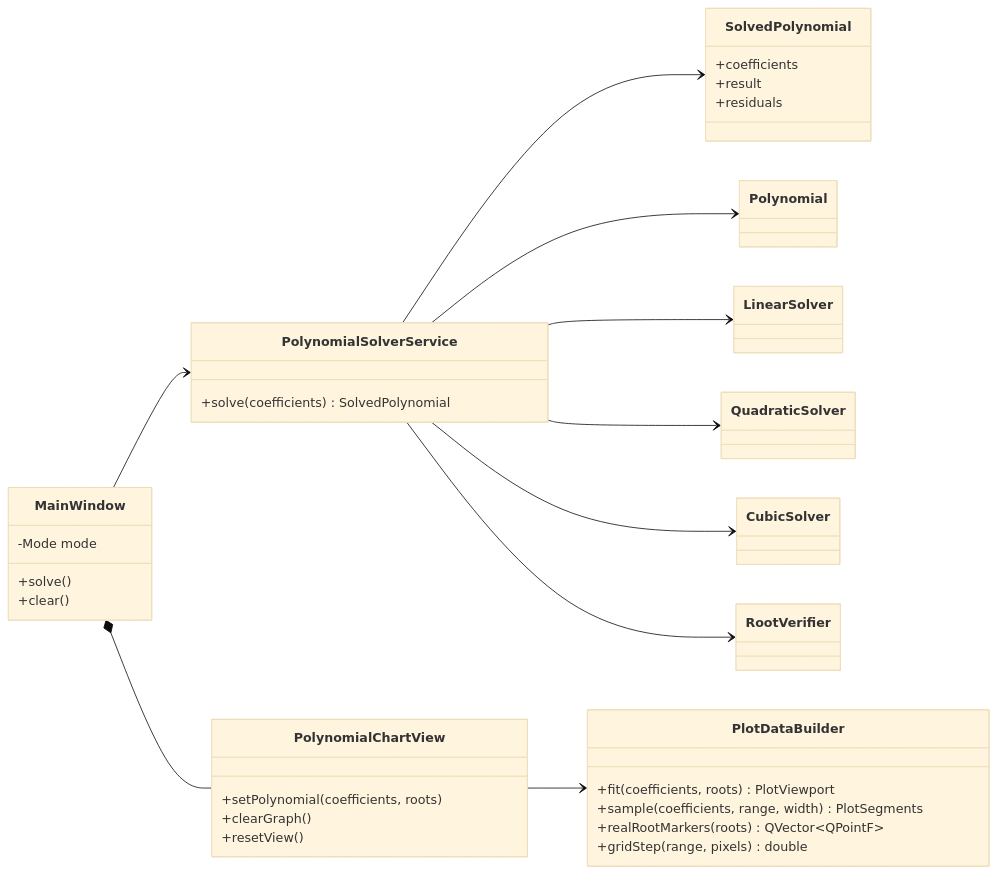
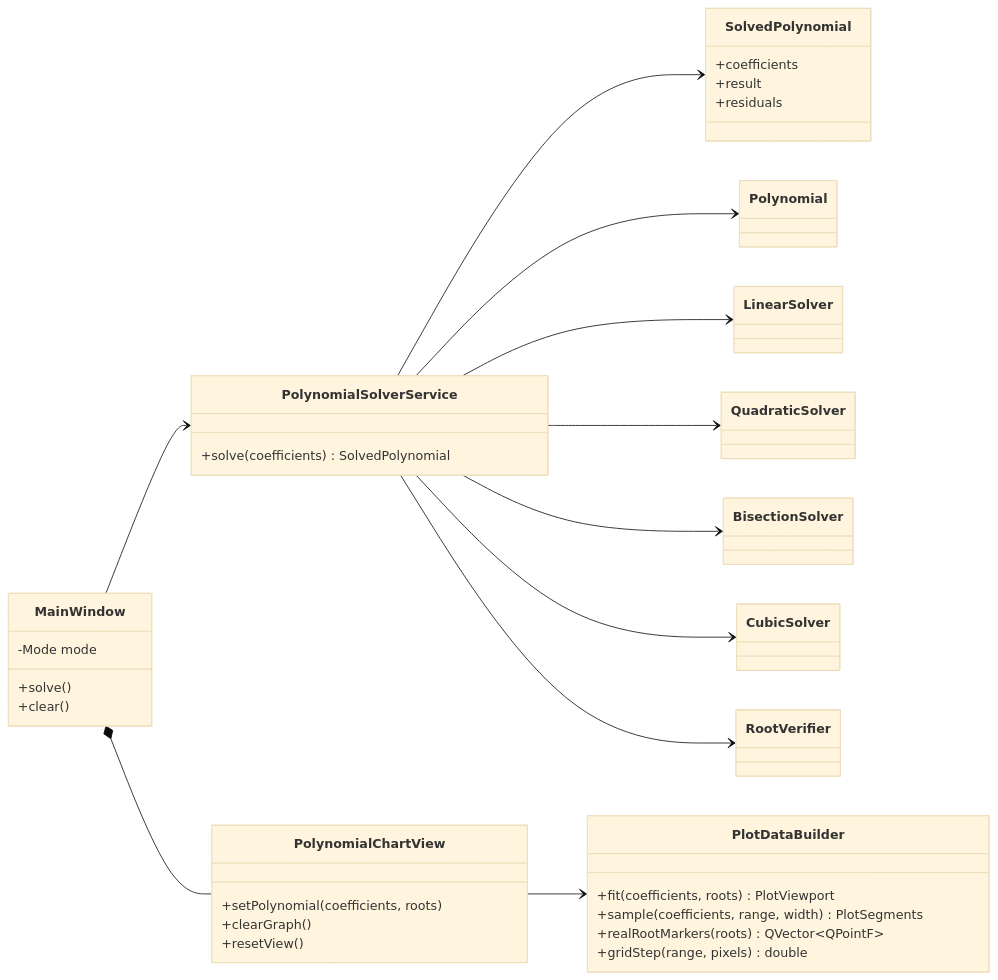
One commit to Modi663/PolynomialSolver changed the first of 3 diagrams in README.md. Above: the diagram before and after it, drawn with Mermaid (base theme). The commit also changed other lines of this file, not shown here.

````diff
--- a/README.md
+++ b/README.md
@@ -85,49 +91,50 @@
 ```mermaid
 classDiagram
     direction LR
 
     class MainWindow {
         -Mode mode
         +solve()
         +clear()
     }
 
     class PolynomialChartView {
         +setPolynomial(coefficients, roots)
         +clearGraph()
         +resetView()
     }
 
     class PlotDataBuilder {
         +fit(coefficients, roots) PlotViewport
         +sample(coefficients, range, width) PlotSegments
         +realRootMarkers(roots) QVector~QPointF~
         +gridStep(range, pixels) double
     }
 
     class PolynomialSolverService {
         +solve(coefficients) SolvedPolynomial
     }
 
     class SolvedPolynomial {
         +coefficients
         +result
         +residuals
     }
 
     class Polynomial
     class LinearSolver
     class QuadraticSolver
     class CubicSolver
     class RootVerifier
 
     MainWindow --> PolynomialSolverService
     MainWindow *-- PolynomialChartView
     PolynomialChartView --> PlotDataBuilder
     PolynomialSolverService --> SolvedPolynomial
     PolynomialSolverService --> Polynomial
     PolynomialSolverService --> LinearSolver
     PolynomialSolverService --> QuadraticSolver
+    PolynomialSolverService --> BisectionSolver
     PolynomialSolverService --> CubicSolver
     PolynomialSolverService --> RootVerifier
 ```
````
